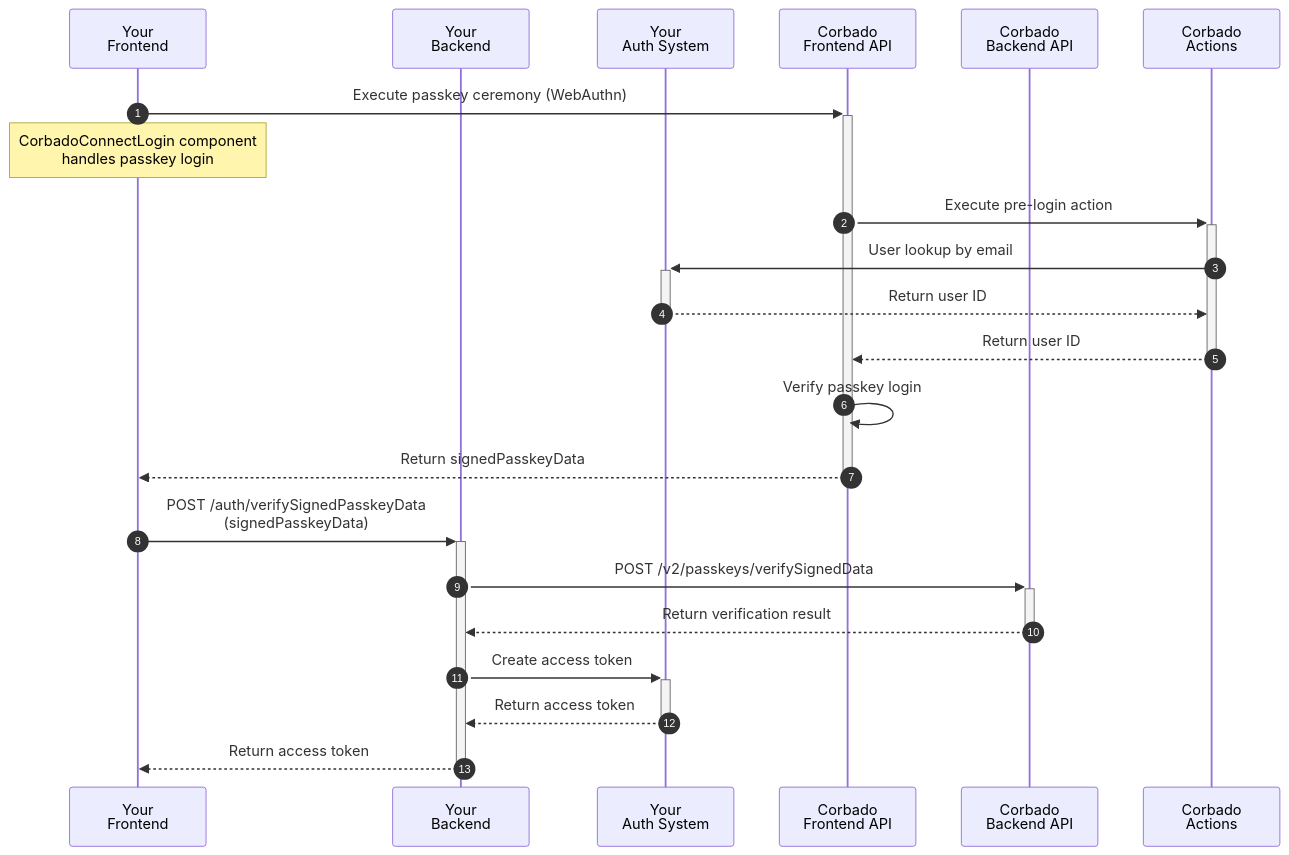
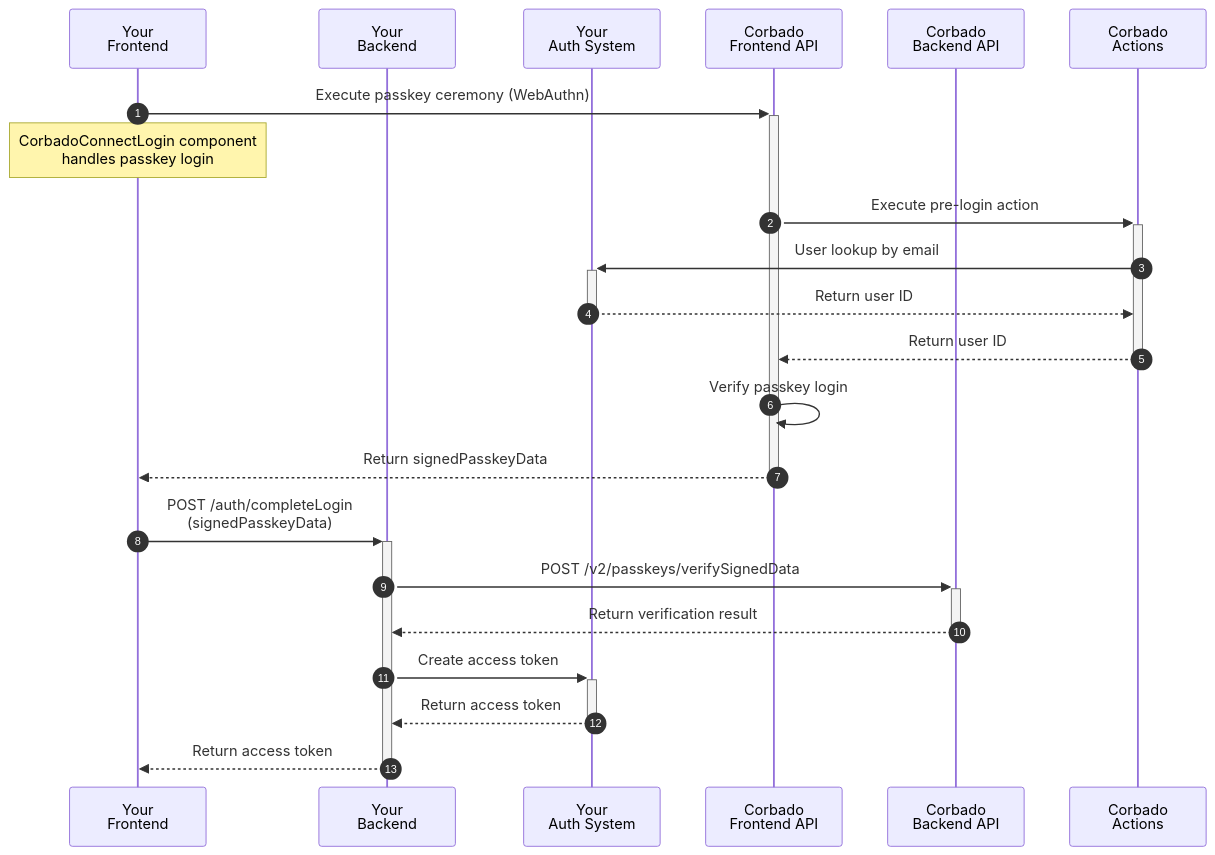
Before and after one commit to corbadotech/docs: the third of 4 diagrams in corbado-connect/integration/generic/web.mdx, drawn with Mermaid. The commit also changed other lines of this file and 2 other files, not shown here.

Commit message:
Renamed endpoint /auth/verifySignedPasskeyData to /auth/completeLogin

````diff
--- a/corbado-connect/integration/generic/web.mdx
+++ b/corbado-connect/integration/generic/web.mdx
@@ -306,26 +306,26 @@
 ```mermaid
 sequenceDiagram
     autonumber
     participant Frontend as Your<br/>Frontend
     participant Backend as Your<br/>Backend
     participant IdP as Your<br/>Auth System
     participant FAPI as Corbado<br/>Frontend API
     participant BAPI as Corbado<br/>Backend API
     participant Actions as Corbado<br/>Actions
 
     Frontend->>+FAPI: Execute passkey ceremony (WebAuthn)
     Note over Frontend: CorbadoConnectLogin component<br/>handles passkey login
     FAPI->>+Actions: Execute pre-login action
     Actions->>+IdP: User lookup by email
     IdP-->>-Actions: Return user ID
     Actions-->>-FAPI: Return user ID
     FAPI->>FAPI: Verify passkey login
     FAPI-->>-Frontend: Return signedPasskeyData
 
-    Frontend->>+Backend: POST /auth/verifySignedPasskeyData<br/>(signedPasskeyData)
+    Frontend->>+Backend: POST /auth/completeLogin<br/>(signedPasskeyData)
     Backend->>+BAPI: POST /v2/passkeys/verifySignedData
     BAPI-->>-Backend: Return verification result
     Backend->>+IdP: Create access token
     IdP-->>-Backend: Return access token
     Backend-->>-Frontend: Return access token
 ```
````
